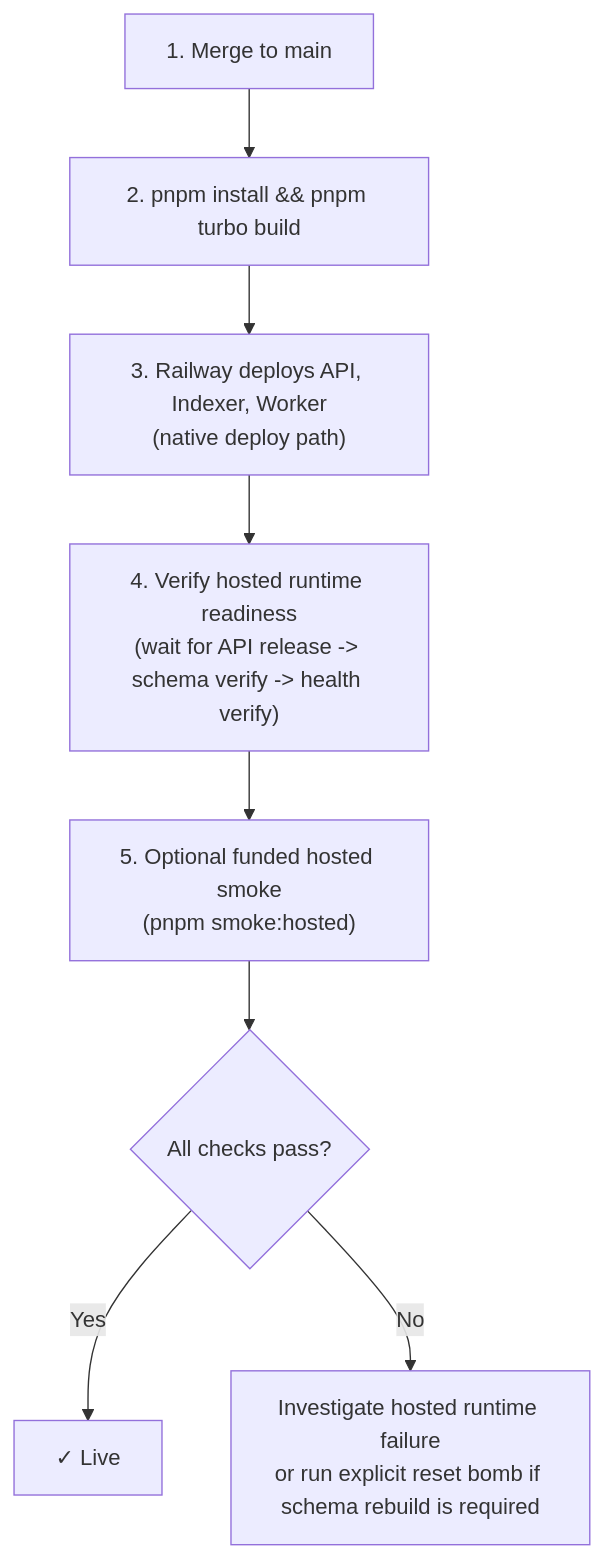
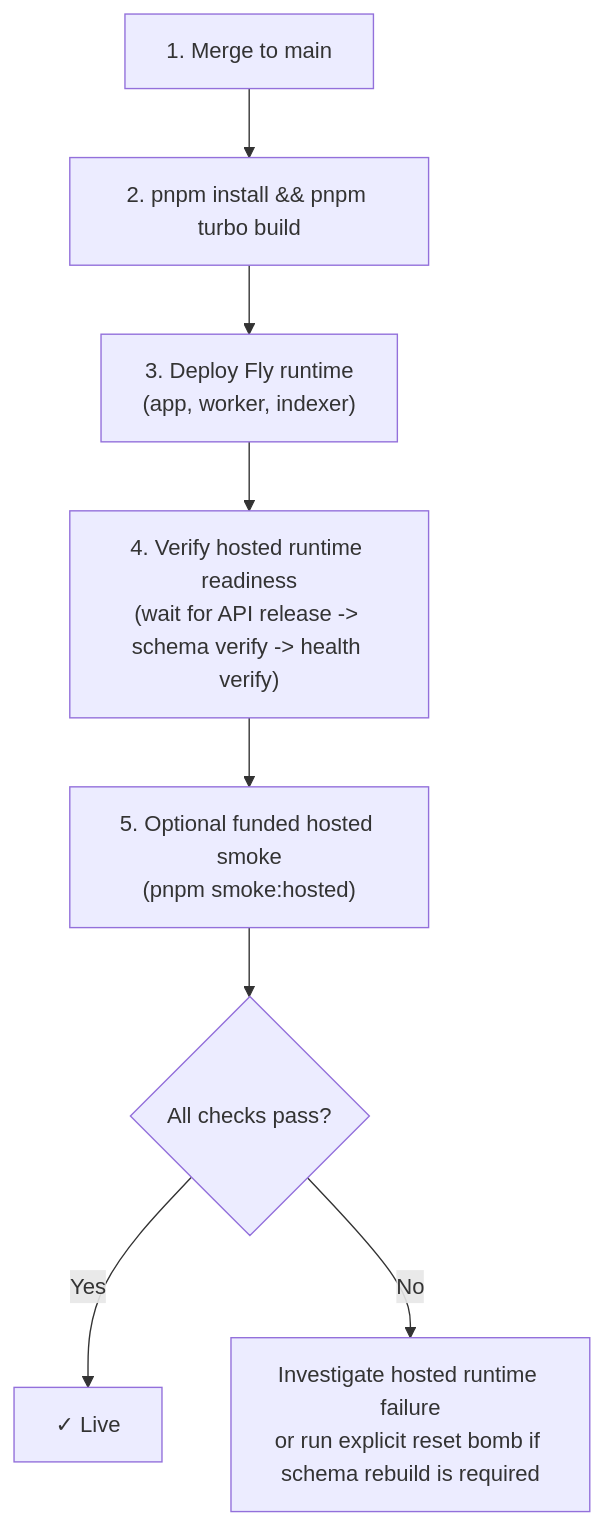
One commit to andymolecule/Hermes changed the diagram in docs/deployment.md. Above: the diagram before and after it, drawn with Mermaid. The commit also changed other lines of this file and 16 other files, not shown here.

Commit message:
infra: complete Fly runtime migration

````diff
--- a/docs/deployment.md
+++ b/docs/deployment.md
@@ -196,10 +183,10 @@
 ```mermaid
 flowchart TB
     A["1. Merge to main"] --> B["2. pnpm install && pnpm turbo build"]
-    B --> C["3. Railway deploys API, Indexer, Worker<br/>(native deploy path)"]
+    B --> C["3. Deploy Fly runtime<br/>(app, worker, indexer)"]
     C --> D["4. Verify hosted runtime readiness<br/>(wait for API release -> schema verify -> health verify)"]
     D --> E["5. Optional funded hosted smoke<br/>(pnpm smoke:hosted)"]
     E --> F{"All checks pass?"}
     F -->|Yes| G["✓ Live"]
     F -->|No| H["Investigate hosted runtime failure<br/>or run explicit reset bomb if schema rebuild is required"]
 ```
````
